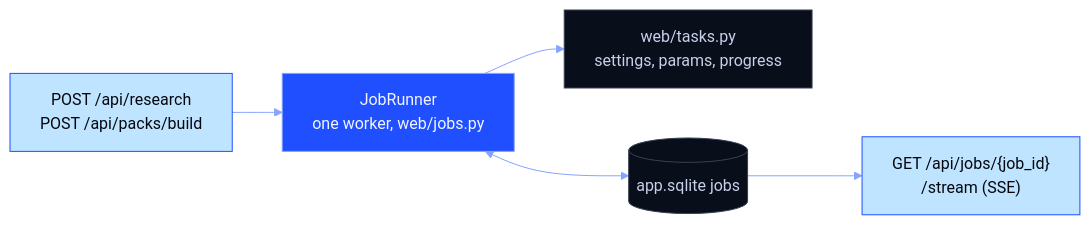
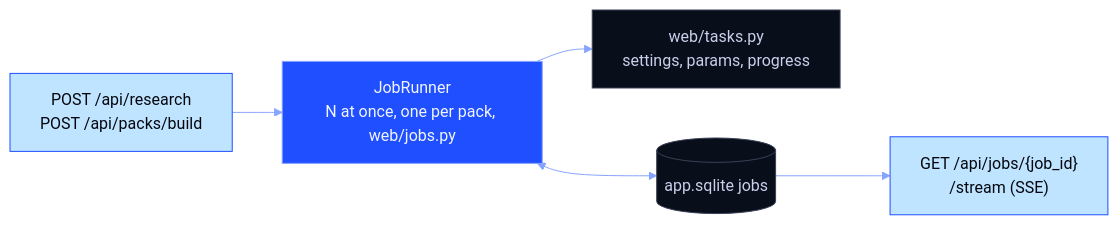
One commit to Berbadov/kriko changed the second of 7 diagrams in docs/INTERNALS.md. Above: the diagram before and after it, drawn with Mermaid. The commit also changed other lines of this file and 9 other files, not shown here.

First line of the commit message:
Agent runs at once: a Settings choice, safe per pack

````diff
--- a/docs/INTERNALS.md
+++ b/docs/INTERNALS.md
@@ -50,11 +54,11 @@
 ```mermaid
 %%{init: {"theme":"base","themeVariables":{"fontFamily":"ui-monospace, SFMono-Regular, Consolas, monospace","primaryColor":"#090E1B","primaryTextColor":"#F2F5FF","primaryBorderColor":"#1F4FFF","lineColor":"#86A3FF","secondaryColor":"#1739C2","tertiaryColor":"#080B16","noteBkgColor":"#BFE4FF","noteTextColor":"#05070F","actorBkg":"#090E1B","actorTextColor":"#F2F5FF","actorBorder":"#1F4FFF","signalColor":"#86A3FF","signalTextColor":"#86A3FF"}}}%%
 flowchart LR
-    P["POST /api/research<br/>POST /api/packs/build"]:::ice --> R["JobRunner<br/>one worker, web/jobs.py"]:::brand
+    P["POST /api/research<br/>POST /api/packs/build"]:::ice --> R["JobRunner<br/>N at once, one per pack, web/jobs.py"]:::brand
     R --> T["web/tasks.py<br/>settings, params, progress"]:::plain
     R <--> S[("app.sqlite jobs")]:::plain
     S --> V["GET /api/jobs/{job_id}<br/>/stream (SSE)"]:::ice
     classDef brand  fill:#1F4FFF,stroke:#86A3FF,color:#F2F5FF
     classDef plain  fill:#090E1B,stroke:#3A4156,color:#C9D1EA
     classDef ice    fill:#BFE4FF,stroke:#1F4FFF,color:#05070F
 ```
````
